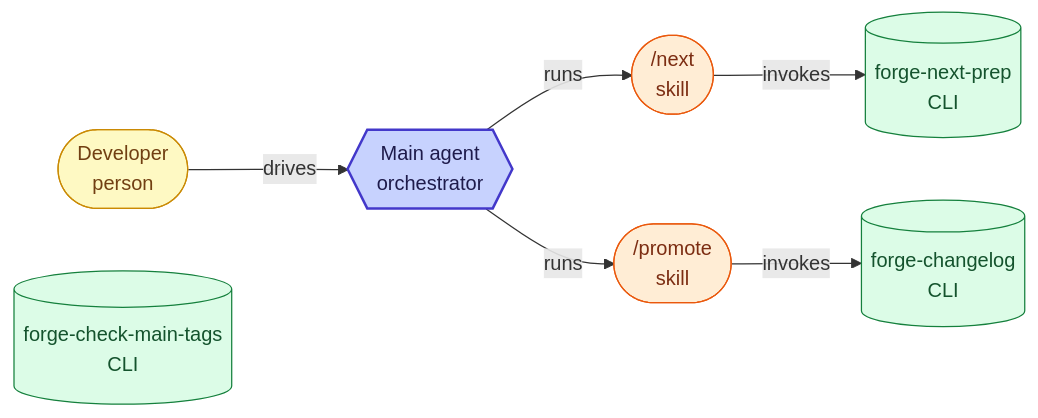
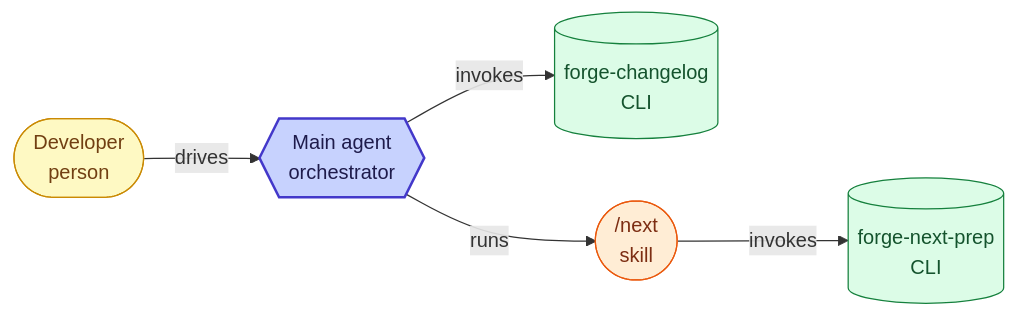
One commit to misnaej/forge changed the fourth of 7 diagrams in docs/agent-architecture.md. Above: the diagram before and after it, drawn with Mermaid. The commit also changed 56 other files, not shown here.

````diff
--- a/docs/agent-architecture.md
+++ b/docs/agent-architecture.md
@@ -286,31 +286,26 @@
 ```mermaid
 graph LR
   classDef person fill:#fef9c3,stroke:#ca8a04,color:#713f12
   classDef agent fill:#ede9fe,stroke:#7c3aed,color:#4c1d95
   classDef skill fill:#ffedd5,stroke:#ea580c,color:#7c2d12
   classDef hook fill:#fee2e2,stroke:#dc2626,color:#7f1d1d
   classDef cli fill:#dcfce7,stroke:#15803d,color:#14532d
   classDef policy fill:#f1f5f9,stroke:#64748b,color:#334155
   classDef orchestrator fill:#c7d2fe,stroke:#4338ca,color:#1e1b4b,stroke-width:2px
   classDef reporter stroke-dasharray:5 3
   classDef mutator stroke-width:3px
   human(["Developer<br/>person"])
   main_agent{{"Main agent<br/>orchestrator"}}
   human -->|drives| main_agent
-  cli_forge_check_main_tags[("forge-check-main-tags<br/>CLI")]
   cli_forge_next_prep[("forge-next-prep<br/>CLI")]
   cli_forge_changelog[("forge-changelog<br/>CLI")]
   sk_next(["/next<br/>skill"])
-  sk_promote(["/promote<br/>skill"])
   main_agent -->|runs| sk_next
-  main_agent -->|runs| sk_promote
   sk_next -->|invokes| cli_forge_next_prep
-  sk_promote -->|invokes| cli_forge_changelog
+  main_agent -->|invokes| cli_forge_changelog
   class human person
   class main_agent orchestrator
-  class cli_forge_check_main_tags cli
   class cli_forge_next_prep cli
   class cli_forge_changelog cli
   class sk_next skill
-  class sk_promote skill
 ```
````
